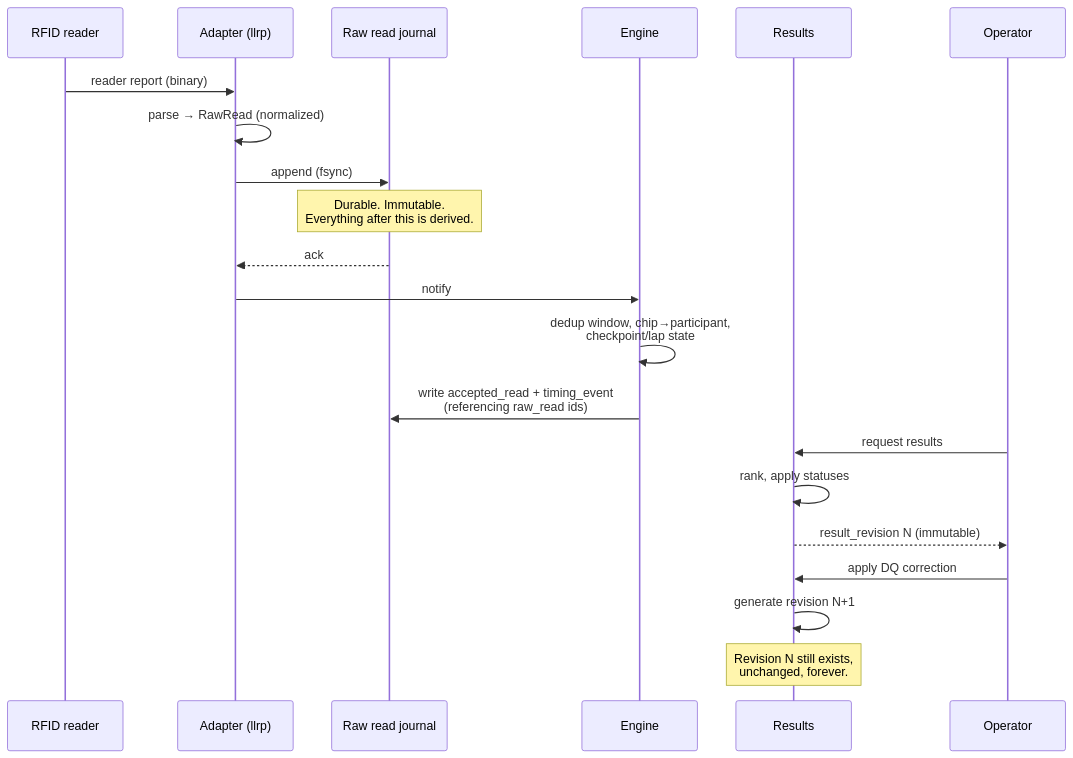
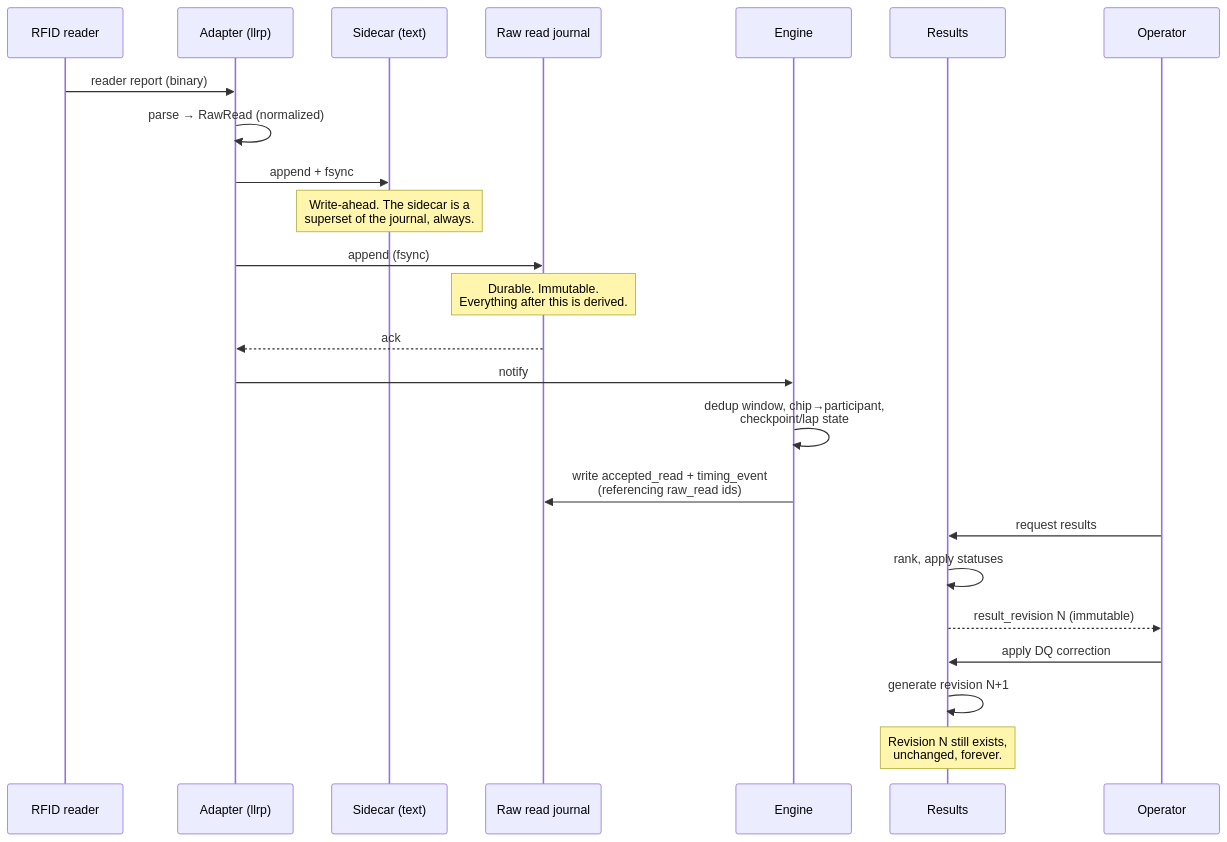
The third of 3 diagrams in docs/architecture.md (truppelli/splitforge), drawn with Mermaid before and after one commit. The commit also changed other lines of this file and 17 other files, not shown here.

````diff
--- a/docs/architecture.md
+++ b/docs/architecture.md
@@ -134,24 +134,27 @@
 ```mermaid
 sequenceDiagram
     participant R as RFID reader
     participant A as Adapter (llrp)
+    participant W as Sidecar (text)
     participant J as Raw read journal
     participant E as Engine
     participant S as Results
     participant O as Operator
 
     R->>A: reader report (binary)
     A->>A: parse → RawRead (normalized)
+    A->>W: append + fsync
+    Note over W: Write-ahead. The sidecar is a<br/>superset of the journal, always.
     A->>J: append (fsync)
     Note over J: Durable. Immutable.<br/>Everything after this is derived.
     J-->>A: ack
     A->>E: notify
     E->>E: dedup window, chip→participant,<br/>checkpoint/lap state
     E->>J: write accepted_read + timing_event<br/>(referencing raw_read ids)
     O->>S: request results
     S->>S: rank, apply statuses
     S-->>O: result_revision N (immutable)
     O->>S: apply DQ correction
     S->>S: generate revision N+1
     Note over S: Revision N still exists,<br/>unchanged, forever.
 ```
````
